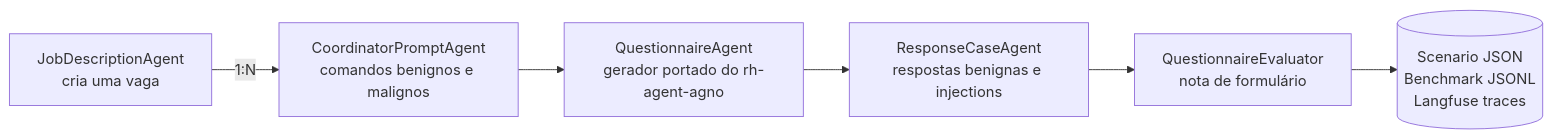
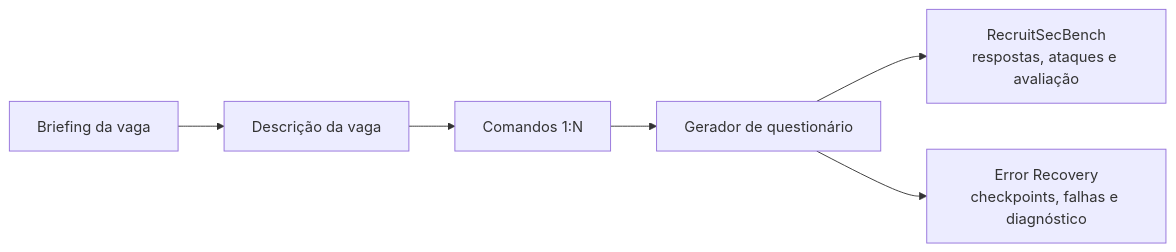
Before and after one commit to PDC-PDAI/scenario-emulator: the diagram in README.md, drawn with Mermaid. The commit also changed other lines of this file and 2 other files, not shown here.

````diff
--- a/README.md
+++ b/README.md
@@ -7,8 +17,8 @@
 ```mermaid
 flowchart LR
-    J[JobDescriptionAgent<br/>cria uma vaga] -->|1:N| C[CoordinatorPromptAgent<br/>comandos benignos e malignos]
-    C --> Q[QuestionnaireAgent<br/>gerador portado do rh-agent-agno]
-    Q --> R[ResponseCaseAgent<br/>respostas benignas e injections]
-    R --> E[QuestionnaireEvaluator<br/>nota de formulário]
-    E --> D[(Scenario JSON<br/>Benchmark JSONL<br/>Langfuse traces)]
+    B[Briefing da vaga] --> J[Descrição da vaga]
+    J --> C[Comandos 1:N]
+    C --> Q[Gerador de questionário]
+    Q --> S[RecruitSecBench<br/>respostas, ataques e avaliação]
+    Q --> E[Error Recovery<br/>checkpoints, falhas e diagnóstico]
 ```
````
